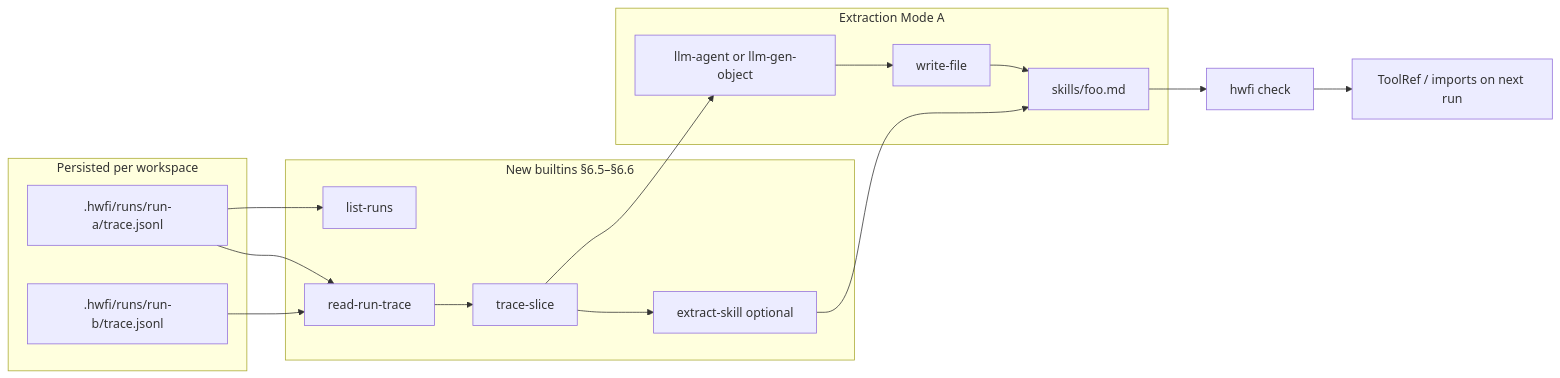
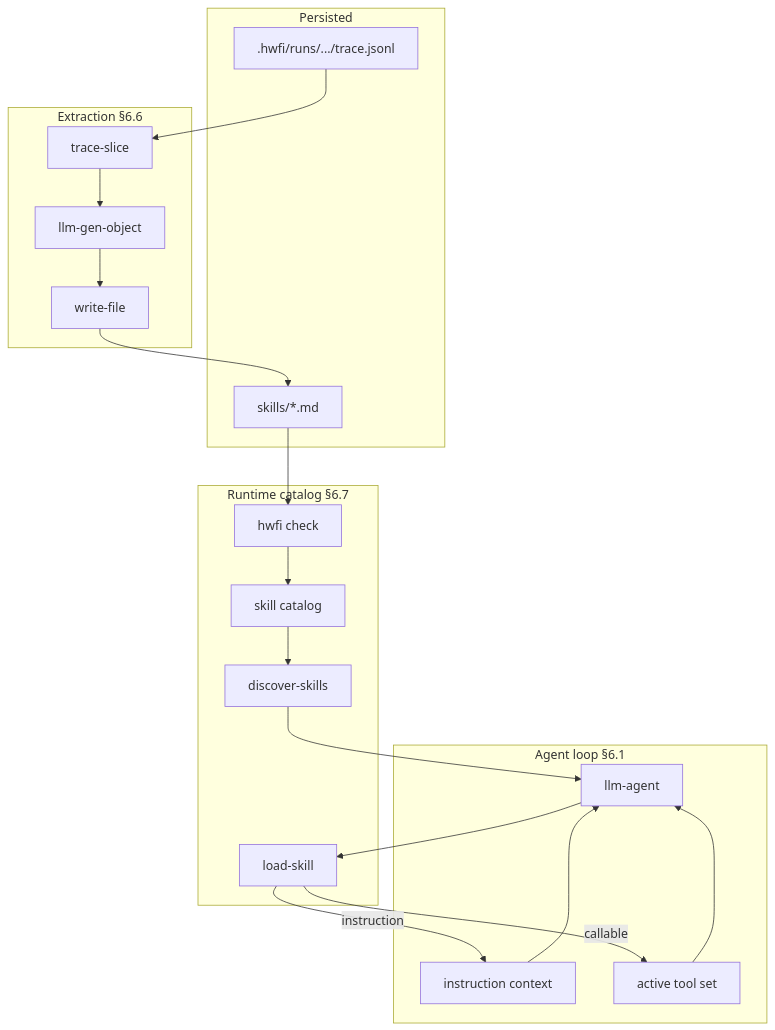
One commit to aische/hwfi changed the diagram in docs/skills-design.md. Above: the diagram before and after it, drawn with Mermaid. The commit also changed other lines of this file and 5 other files, not shown here.

````diff
--- a/docs/skills-design.md
+++ b/docs/skills-design.md
@@ -32,33 +42,40 @@
 ```mermaid
-flowchart LR
-  subgraph persist [Persisted per workspace]
-    R1[".hwfi/runs/run-a/trace.jsonl"]
-    R2[".hwfi/runs/run-b/trace.jsonl"]
+flowchart TB
+  subgraph persist [Persisted]
+    R[".hwfi/runs/.../trace.jsonl"]
+    SK["skills/*.md"]
   end
 
-  subgraph builtins [New builtins §6.5–§6.6]
-    LR[list-runs]
-    RT[read-run-trace]
+  subgraph extract [Extraction §6.6]
     TS[trace-slice]
-    ES[extract-skill optional]
+    AG1[llm-gen-object]
+    WF[write-file]
   end
 
-  subgraph extract [Extraction Mode A]
-    AG[llm-agent or llm-gen-object]
-    WF[write-file]
-    SK["skills/foo.md"]
+  subgraph catalog [Runtime catalog §6.7]
+    CHK[hwfi check]
+    CAT[skill catalog]
+    DS[discover-skills]
+    LS[load-skill]
   end
 
-  R1 --> LR
-  R1 --> RT
-  R2 --> RT
-  RT --> TS
-  TS --> AG
-  AG --> WF
+  subgraph agent [Agent loop §6.1]
+    LA[llm-agent]
+    CTX[instruction context]
+    TOOLS[active tool set]
+  end
+
+  R --> TS
+  TS --> AG1
+  AG1 --> WF
   WF --> SK
-  TS --> ES
-  ES --> SK
-
-  SK --> CHK[hwfi check]
-  CHK --> USE[ToolRef / imports on next run]
+  SK --> CHK
+  CHK --> CAT
+  CAT --> DS
+  DS --> LA
+  LA --> LS
+  LS -->|instruction| CTX
+  LS -->|callable| TOOLS
+  CTX --> LA
+  TOOLS --> LA
 ```
````
